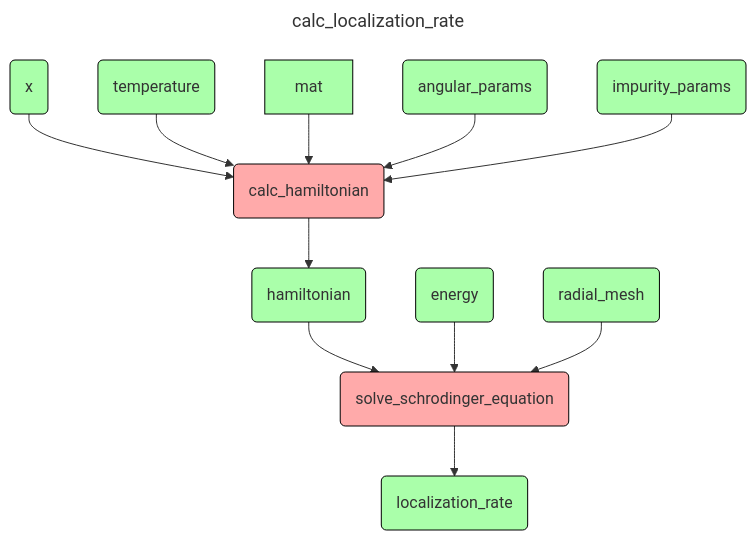
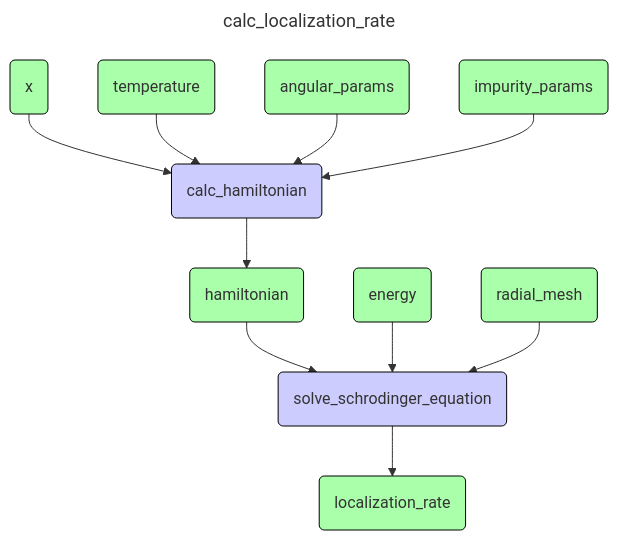
One commit to MaksimZh/hw changed the second of 8 diagrams in 04_design_vision/design_vision.md. Above: the diagram before and after it, drawn with Mermaid. The commit also changed other lines of this file, not shown here.

````diff
--- a/04_design_vision/design_vision.md
+++ b/04_design_vision/design_vision.md
@@ -83,21 +82,20 @@
 ```mermaid
 ---
 title: calc_localization_rate
 ---
 graph TD
     x(x) --> ch(calc_hamiltonian)
     t(temperature) --> ch
-    mat --> ch
     ang(angular_params) --> ch
     imp(impurity_params) --> ch
     ch --> h(hamiltonian)
     h --> solve(solve_schrodinger_equation)
     en(energy) --> solve
     rad(radial_mesh) --> solve
     solve --> lr(localization_rate)
 
-    classDef data fill:#afa, stroke:#000
-    classDef proc fill:#faa, stroke:#000
-    class x,t,mat,imp,ang,h,en,rad,lr data
+    classDef value fill:#afa, stroke:#000
+    classDef proc fill:#ccf, stroke:#000
+    class x,t,imp,ang,h,en,rad,lr value
     class ch,solve proc
 ```
````
